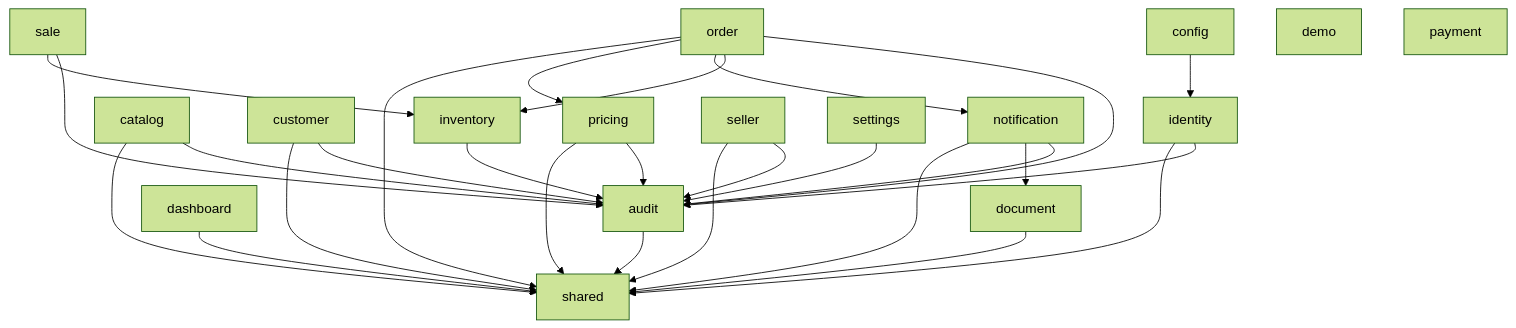
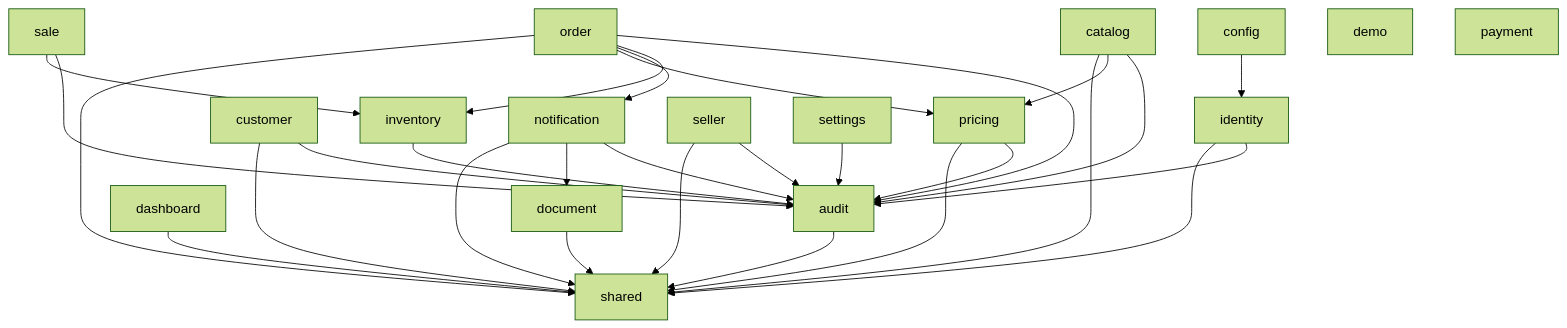
Before and after one commit to Martinrc93/distribuidoraCore: the diagram in docs/architecture/module-boundaries.md, drawn with Mermaid (forest theme). The commit also changed other lines of this file and 23 other files, not shown here.

````diff
--- a/docs/architecture/module-boundaries.md
+++ b/docs/architecture/module-boundaries.md
@@ -31,31 +31,32 @@
 ```mermaid
 flowchart TD
     config --> identity
     identity --> audit
     identity --> shared
     catalog --> audit
+    catalog --> pricing
     catalog --> shared
     customer --> audit
     customer --> shared
     dashboard --> shared
     document --> shared
     inventory --> audit
     notification --> audit
     notification --> document
     notification --> shared
     order --> audit
     order --> inventory
     order --> notification
     order --> pricing
     order --> shared
     pricing --> audit
     pricing --> shared
     sale --> audit
     sale --> inventory
     seller --> audit
     seller --> shared
     settings --> audit
     audit --> shared
     demo
     payment
 ```
````
